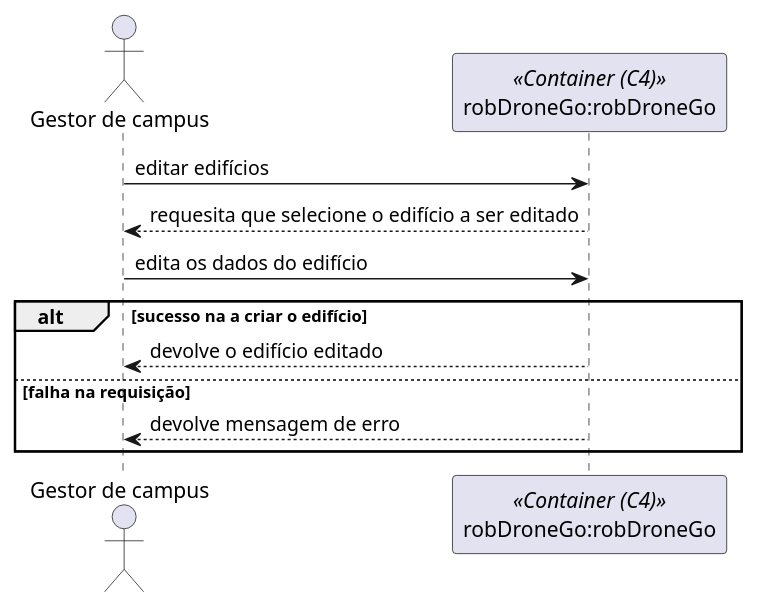
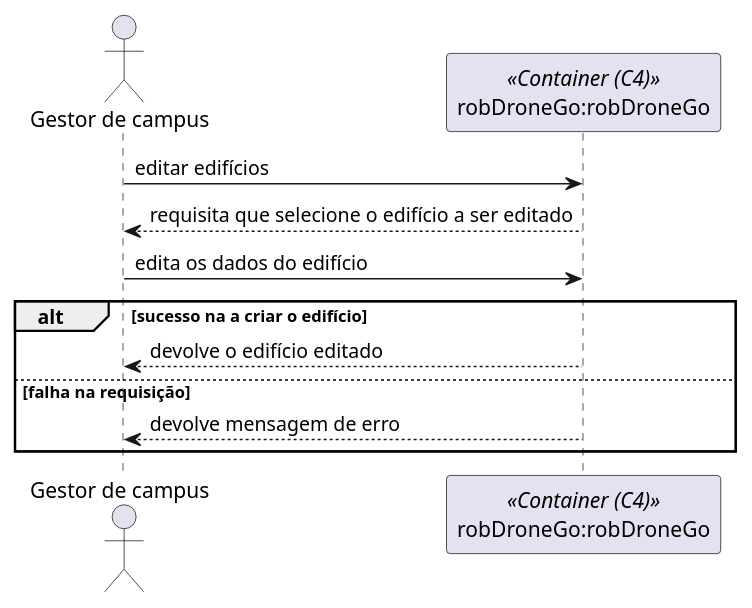
The diagram in docs/Nivel1/N1_US160.puml (ruben1132/PI5_23-24), drawn with PlantUML before and after one commit. The commit also changed 13 other files, not shown here.

Commit message:
#1 #2 #3 #5 #9 #20 diagramas nivel 2

```diff
--- a/docs/Nivel1/N1_US160.puml
+++ b/docs/Nivel1/N1_US160.puml
@@ -1,17 +1,17 @@
 @startuml
 
 actor "Gestor de campus" as Actor
 participant "robDroneGo:robDroneGo" as Container <<Container (C4)>>
 
 Actor -> Container: editar edifícios
-Container --> Actor: requesita que selecione o edifício a ser editado
+Container --> Actor: requisita que selecione o edifício a ser editado
 Actor -> Container: edita os dados do edifício
 
 alt sucesso na a criar o edifício
     Container --> Actor: devolve o edifício editado
 else falha na requisição
     Container --> Actor: devolve mensagem de erro
 end
 
 
 @enduml
```
